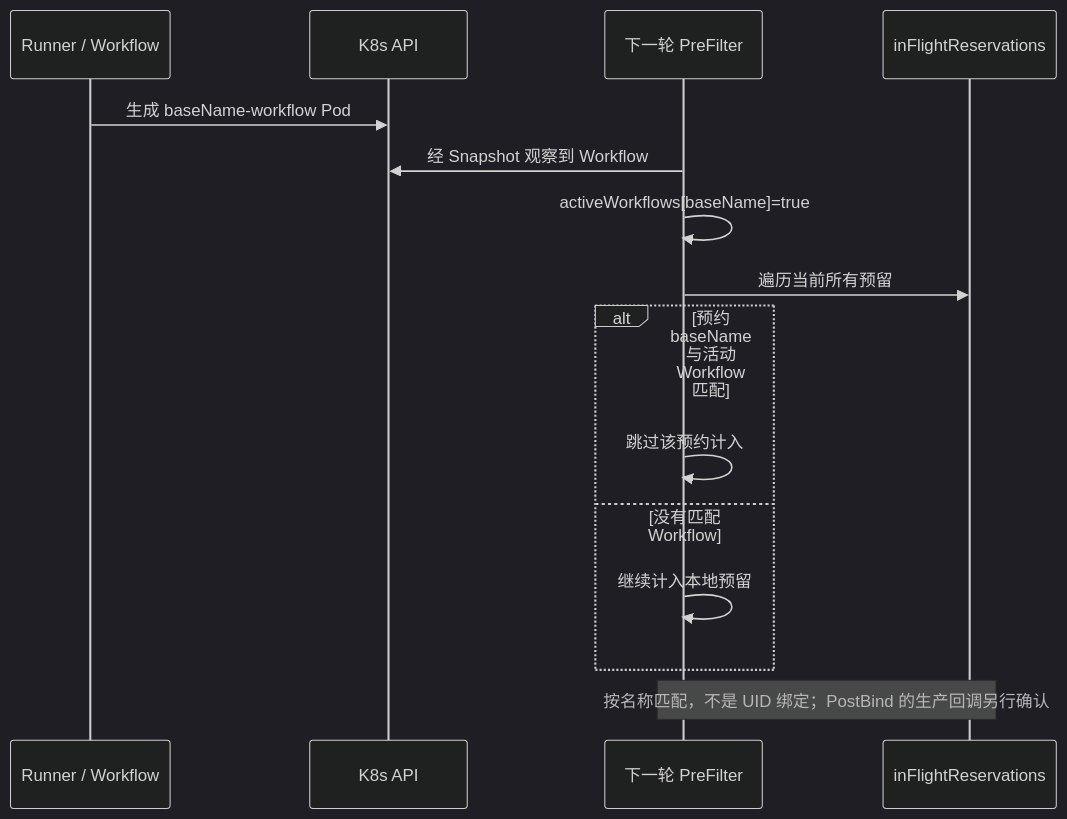
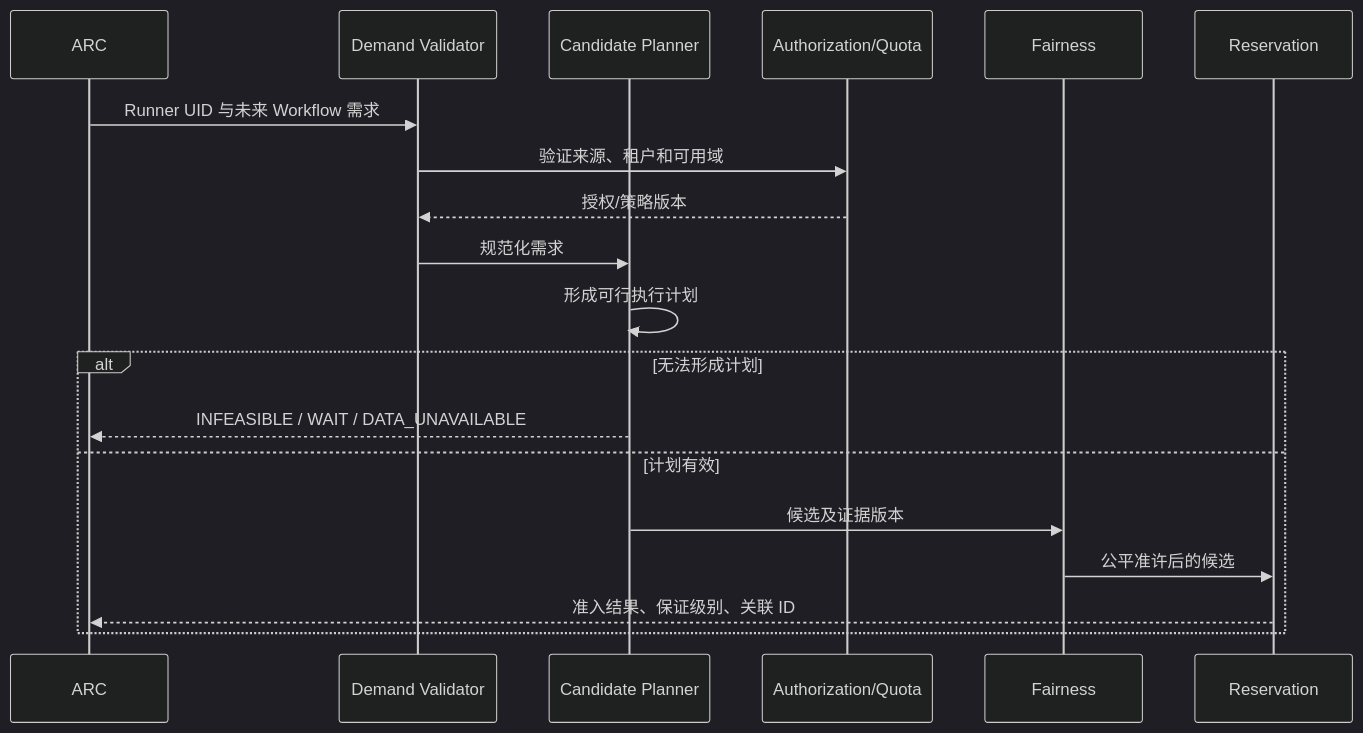
Before and after one commit to ascend-gha-runners/scheduler-plugins: the third of 9 diagrams in docs/system-design.md, drawn with Mermaid (dark theme). The commit also changed other lines of this file, not shown here.

First line of the commit message:
docs: target-state ARC NPU scheduler architecture and DFX design

````diff
--- a/docs/system-design.md
+++ b/docs/system-design.md
@@ -855,17 +337,21 @@
-```mermaid
+~~~mermaid
 sequenceDiagram
-  participant ARC as Runner / Workflow
-  participant API as K8s API
-  participant PF as 下一轮 PreFilter
-  participant MAP as inFlightReservations
-  ARC->>API: 生成 baseName-workflow Pod
-  PF->>API: 经 Snapshot 观察到 Workflow
-  PF->>PF: activeWorkflows[baseName]=true
-  PF->>MAP: 遍历当前所有预留
-  alt 预约 baseName 与活动 Workflow 匹配
-    PF->>PF: 跳过该预约计入
-  else 没有匹配 Workflow
-    PF->>PF: 继续计入本地预留
+  participant A as ARC
+  participant D as Demand Validator
+  participant C as Candidate Planner
+  participant Q as Authorization/Quota
+  participant F as Fairness
+  participant R as Reservation
+  A->>D: Runner UID 与未来 Workflow 需求
+  D->>Q: 验证来源、租户和可用域
+  Q-->>D: 授权/策略版本
+  D->>C: 规范化需求
+  C->>C: 形成可行执行计划
+  alt 无法形成计划
+    C-->>A: INFEASIBLE / WAIT / DATA_UNAVAILABLE
+  else 计划有效
+    C->>F: 候选及证据版本
+    F->>R: 公平准许后的候选
+    R-->>A: 准入结果、保证级别、关联 ID
   end
-  Note over PF,MAP: 按名称匹配，不是 UID 绑定；PostBind 的生产回调另行确认
-```
+~~~
````
